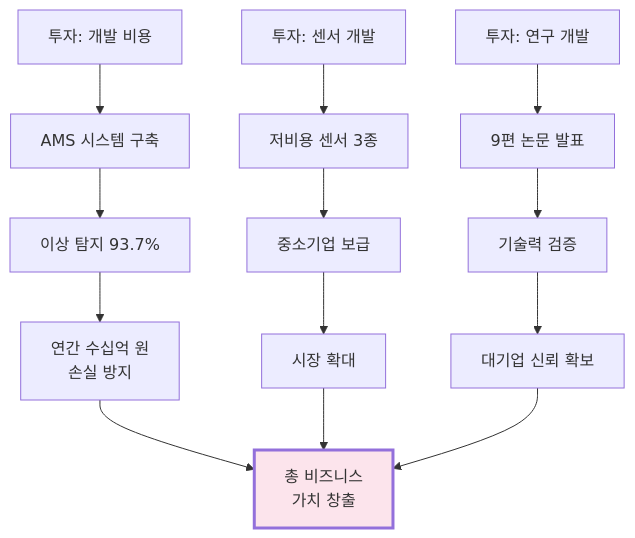
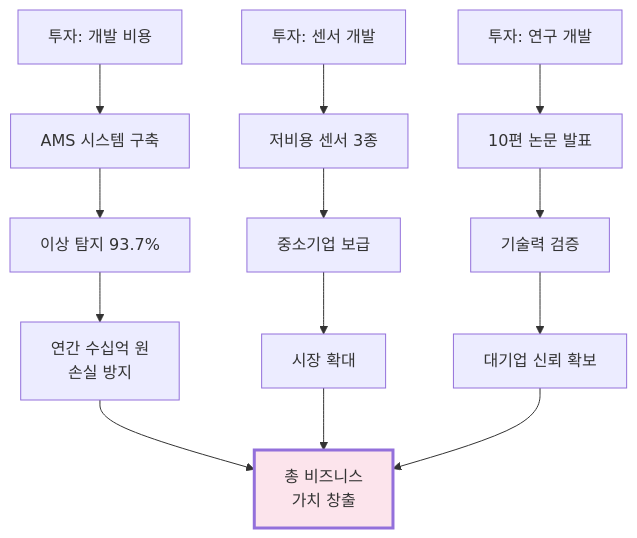
Before and after one commit to moobaek/Testing_AI_agents_for_public_use: the fifth of 6 diagrams in portfolio/portfolio_docs/Executive_Summary/01_Key_Achievements.md, drawn with Mermaid. The commit also changed other lines of this file and 48 other files, not shown here.

````diff
--- a/portfolio/portfolio_docs/Executive_Summary/01_Key_Achievements.md
+++ b/portfolio/portfolio_docs/Executive_Summary/01_Key_Achievements.md
@@ -272,20 +272,20 @@
 ```mermaid
 graph TD
     A["투자: 개발 비용"] --> B["AMS 시스템 구축"]
     B --> C["이상 탐지 93.7%"]
     C --> D["연간 수십억 원<br/>손실 방지"]
     
     E["투자: 센서 개발"] --> F["저비용 센서 3종"]
     F --> G["중소기업 보급"]
     G --> H["시장 확대"]
     
-    I["투자: 연구 개발"] --> J["9편 논문 발표"]
+    I["투자: 연구 개발"] --> J["10편 논문 발표"]
     J --> K["기술력 검증"]
     K --> L["대기업 신뢰 확보"]
     
     D --> M["총 비즈니스<br/>가치 창출"]
     H --> M
     L --> M
     
     style M fill:#fce4ec,stroke-width:3px
 ```
````
